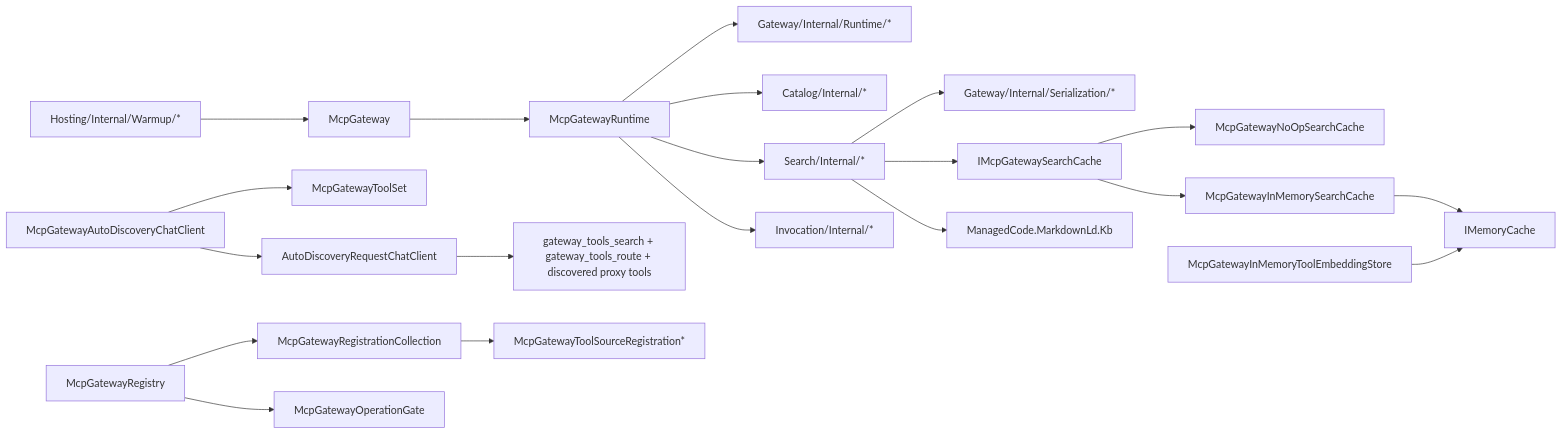
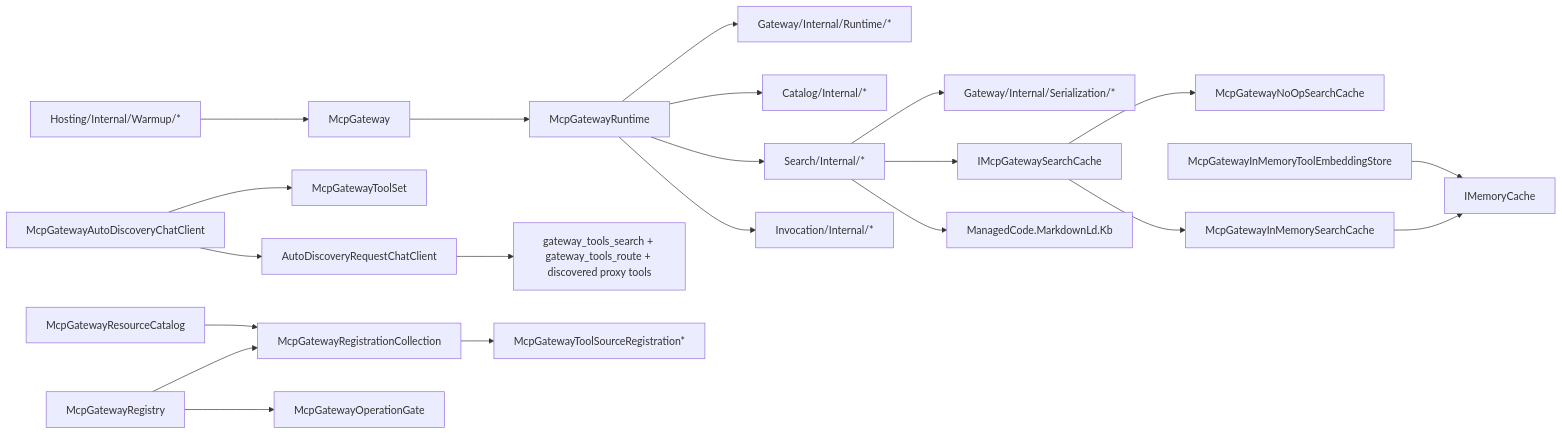
Before and after one commit to managedcode/MCPGateway: the fourth of 4 diagrams in docs/Architecture/Overview.md, drawn with Mermaid. The commit also changed other lines of this file and 67 other files, not shown here.

````diff
--- a/docs/Architecture/Overview.md
+++ b/docs/Architecture/Overview.md
@@ -122,22 +128,23 @@
 ```mermaid
 flowchart LR
     McpGateway["McpGateway"] --> McpGatewayRuntime["McpGatewayRuntime"]
     AutoDiscovery["McpGatewayAutoDiscoveryChatClient"] --> ToolSet["McpGatewayToolSet"]
     AutoDiscovery --> RequestWrapper["AutoDiscoveryRequestChatClient"]
     RequestWrapper --> RuntimeTools["gateway_tools_search + gateway_tools_route + discovered proxy tools"]
     McpGatewayRuntime --> RuntimeCore["Gateway/Internal/Runtime/*"]
     McpGatewayRuntime --> RuntimeCatalog["Catalog/Internal/*"]
     McpGatewayRuntime --> RuntimeSearch["Search/Internal/*"]
     McpGatewayRuntime --> RuntimeInvocation["Invocation/Internal/*"]
     Registry["McpGatewayRegistry"] --> RegistrationCollection["McpGatewayRegistrationCollection"]
     Registry --> OperationGate["McpGatewayOperationGate"]
+    ResourceCatalog["McpGatewayResourceCatalog"] --> RegistrationCollection
     RegistrationCollection --> SourceRegistrations["McpGatewayToolSourceRegistration*"]
     RuntimeSearch --> Json["Gateway/Internal/Serialization/*"]
     RuntimeSearch --> SearchCache["IMcpGatewaySearchCache"]
     SearchCache --> NoOpCache["McpGatewayNoOpSearchCache"]
     SearchCache --> InMemorySearchCache["McpGatewayInMemorySearchCache"]
     InMemorySearchCache --> MemoryCache["IMemoryCache"]
     RuntimeSearch --> MarkdownLd["ManagedCode.MarkdownLd.Kb"]
     Warmup["Hosting/Internal/Warmup/*"] --> McpGateway
     InMemoryStore["McpGatewayInMemoryToolEmbeddingStore"] --> MemoryCache["IMemoryCache"]
 ```
````
